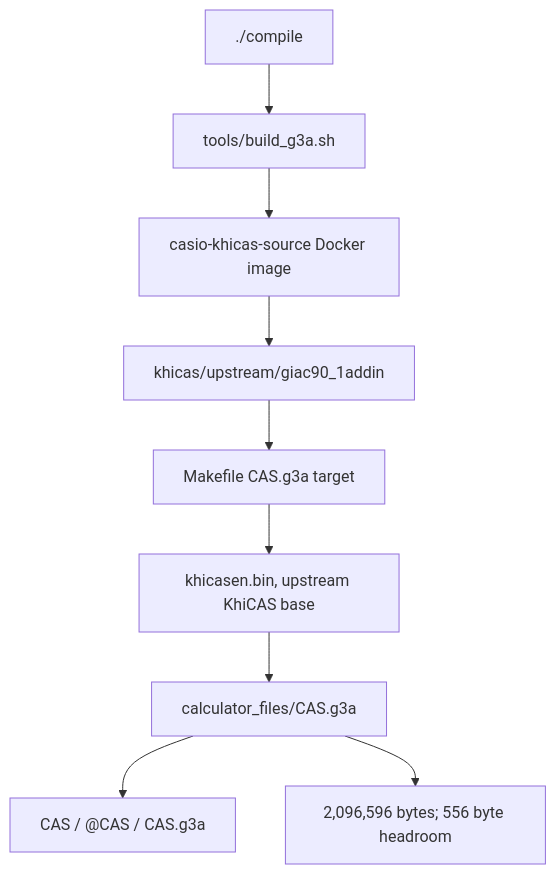
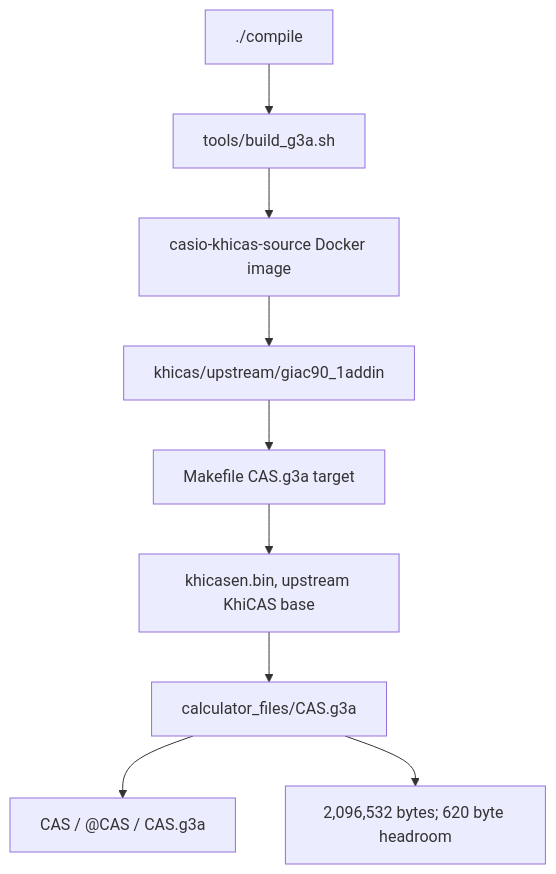
The first of 5 diagrams in docs/GRAPH.md (james8464/notes-addin-casio-fx-cg50), drawn with Mermaid before and after one commit. The commit also changed other lines of this file and 4 other files, not shown here.

````diff
--- a/docs/GRAPH.md
+++ b/docs/GRAPH.md
@@ -7,11 +7,11 @@
 ```mermaid
 graph TD
   Compile["./compile"] --> Build["tools/build_g3a.sh"]
   Build --> Docker["casio-khicas-source Docker image"]
   Docker --> Src["khicas/upstream/giac90_1addin"]
   Src --> Make["Makefile CAS.g3a target"]
   Make --> Bin["khicasen.bin, upstream KhiCAS base"]
   Bin --> G3A["calculator_files/CAS.g3a"]
   G3A --> Meta["CAS / @CAS / CAS.g3a"]
-  G3A --> Size["2,096,596 bytes; 556 byte headroom"]
+  G3A --> Size["2,096,532 bytes; 620 byte headroom"]
 ```
````
